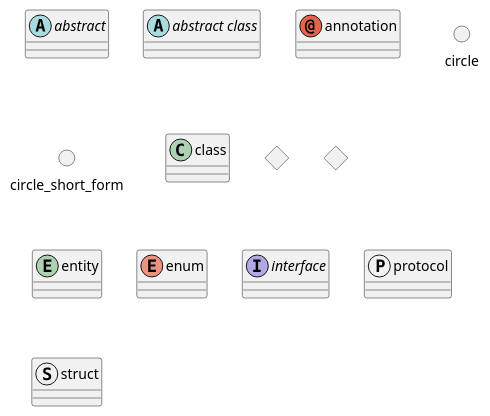
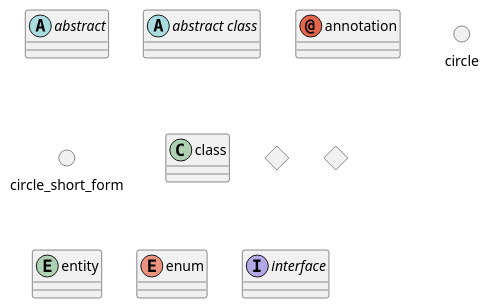
One commit to UPPMAX/programming_formalisms_intro changed the third of 8 diagrams in doc/flowcharts.md. Above: the diagram before and after it, drawn with PlantUML.

````diff
--- a/doc/flowcharts.md
+++ b/doc/flowcharts.md
@@ -91,17 +91,15 @@
 ```plantuml
 @startuml
 abstract        abstract
 abstract class  "abstract class"
 annotation      annotation
 circle          circle
 ()              circle_short_form
 class           class
 diamond         diamond
 <>              diamond_short_form
 entity          entity
 enum            enum
 interface       interface
-protocol        protocol
-struct          struct
 @enduml
 ```
````
